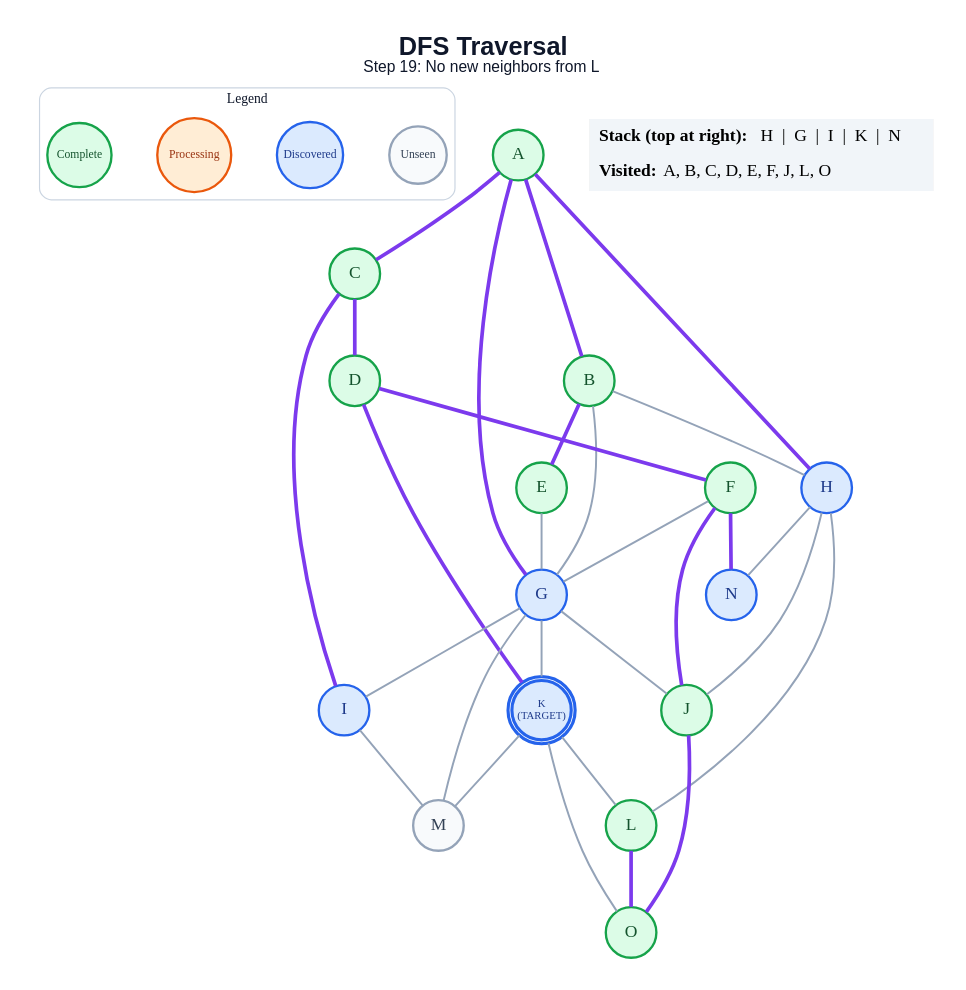
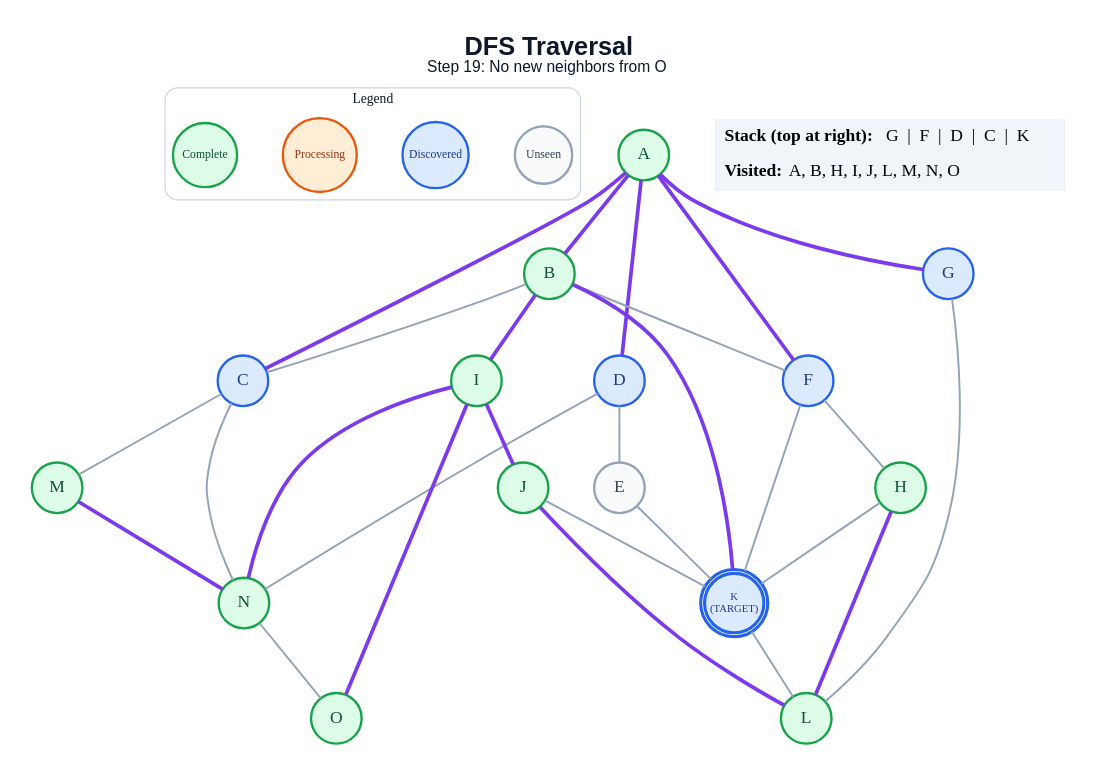
The diagram in generated/dfs/step_19.dot (anon7238593-create/ai-slop), drawn with Graphviz before and after one commit. The commit also changed 253 other files, not shown here.

```diff
--- a/generated/dfs/step_19.dot
+++ b/generated/dfs/step_19.dot
@@ -1,62 +1,61 @@
 graph traversal {
   graph [layout=dot, rankdir=TB, bgcolor="#FFFFFF", pad="0.35", nodesep="0.65", ranksep="0.8", fontname="Arial"];
   node [shape=circle, style="filled", fontname="Arial Bold", fontsize=18, width=0.72, fixedsize=true, penwidth=2.4];
   edge [color="#94A3B8", penwidth=2.0];
-  label=<<B>DFS Traversal</B><BR/><FONT POINT-SIZE="16">Step 19: No new neighbors from L</FONT>>; labelloc="t"; fontsize=26; fontname="Arial"; fontcolor="#0F172A";
+  label=<<B>DFS Traversal</B><BR/><FONT POINT-SIZE="16">Step 19: No new neighbors from O</FONT>>; labelloc="t"; fontsize=26; fontname="Arial"; fontcolor="#0F172A";
   subgraph cluster_legend { label="Legend"; color="#CBD5E1"; penwidth=1.2; style="rounded"; fontsize=14; fontname="Arial Bold";
     key_unseen [label="Unseen", fillcolor="#F8FAFC", color="#94A3B8", fontcolor="#334155", fontsize=12, width=0.82];
     key_frontier [label="Discovered", fillcolor="#DBEAFE", color="#2563EB", fontcolor="#1E3A8A", fontsize=12, width=0.95];
     key_current [label="Processing", fillcolor="#FFEDD5", color="#EA580C", fontcolor="#9A3412", fontsize=12, width=1.05];
     key_done [label="Complete", fillcolor="#DCFCE7", color="#16A34A", fontcolor="#14532D", fontsize=12, width=0.92];
     { rank=same; key_unseen; key_frontier; key_current; key_done; }
   }
   A [label="A", fillcolor="#DCFCE7", color="#16A34A", fontcolor="#14532D", peripheries=1, penwidth=2.4];
   B [label="B", fillcolor="#DCFCE7", color="#16A34A", fontcolor="#14532D", peripheries=1, penwidth=2.4];
-  C [label="C", fillcolor="#DCFCE7", color="#16A34A", fontcolor="#14532D", peripheries=1, penwidth=2.4];
-  D [label="D", fillcolor="#DCFCE7", color="#16A34A", fontcolor="#14532D", peripheries=1, penwidth=2.4];
-  E [label="E", fillcolor="#DCFCE7", color="#16A34A", fontcolor="#14532D", peripheries=1, penwidth=2.4];
-  F [label="F", fillcolor="#DCFCE7", color="#16A34A", fontcolor="#14532D", peripheries=1, penwidth=2.4];
+  C [label="C", fillcolor="#DBEAFE", color="#2563EB", fontcolor="#1E3A8A", peripheries=1, penwidth=2.4];
+  D [label="D", fillcolor="#DBEAFE", color="#2563EB", fontcolor="#1E3A8A", peripheries=1, penwidth=2.4];
+  E [label="E", fillcolor="#F8FAFC", color="#94A3B8", fontcolor="#334155", peripheries=1, penwidth=2.4];
+  F [label="F", fillcolor="#DBEAFE", color="#2563EB", fontcolor="#1E3A8A", peripheries=1, penwidth=2.4];
   G [label="G", fillcolor="#DBEAFE", color="#2563EB", fontcolor="#1E3A8A", peripheries=1, penwidth=2.4];
-  H [label="H", fillcolor="#DBEAFE", color="#2563EB", fontcolor="#1E3A8A", peripheries=1, penwidth=2.4];
-  I [label="I", fillcolor="#DBEAFE", color="#2563EB", fontcolor="#1E3A8A", peripheries=1, penwidth=2.4];
+  H [label="H", fillcolor="#DCFCE7", color="#16A34A", fontcolor="#14532D", peripheries=1, penwidth=2.4];
+  I [label="I", fillcolor="#DCFCE7", color="#16A34A", fontcolor="#14532D", peripheries=1, penwidth=2.4];
   J [label="J", fillcolor="#DCFCE7", color="#16A34A", fontcolor="#14532D", peripheries=1, penwidth=2.4];
   K [label="K\n(TARGET)", fillcolor="#DBEAFE", color="#2563EB", fontcolor="#1E3A8A", peripheries=2, penwidth=3.2, fontsize=11, width=0.85, height=0.85];
   L [label="L", fillcolor="#DCFCE7", color="#16A34A", fontcolor="#14532D", peripheries=1, penwidth=2.4];
-  M [label="M", fillcolor="#F8FAFC", color="#94A3B8", fontcolor="#334155", peripheries=1, penwidth=2.4];
-  N [label="N", fillcolor="#DBEAFE", color="#2563EB", fontcolor="#1E3A8A", peripheries=1, penwidth=2.4];
+  M [label="M", fillcolor="#DCFCE7", color="#16A34A", fontcolor="#14532D", peripheries=1, penwidth=2.4];
+  N [label="N", fillcolor="#DCFCE7", color="#16A34A", fontcolor="#14532D", peripheries=1, penwidth=2.4];
   O [label="O", fillcolor="#DCFCE7", color="#16A34A", fontcolor="#14532D", peripheries=1, penwidth=2.4];
   A -- B [color="#7C3AED", penwidth=3.8];
   A -- C [color="#7C3AED", penwidth=3.8];
+  A -- D [color="#7C3AED", penwidth=3.8];
+  A -- F [color="#7C3AED", penwidth=3.8];
   A -- G [color="#7C3AED", penwidth=3.8];
-  A -- H [color="#7C3AED", penwidth=3.8];
-  B -- E [color="#7C3AED", penwidth=3.8];
-  B -- G;
-  B -- H;
-  C -- D [color="#7C3AED", penwidth=3.8];
-  C -- I [color="#7C3AED", penwidth=3.8];
-  D -- F [color="#7C3AED", penwidth=3.8];
-  D -- K [color="#7C3AED", penwidth=3.8];
-  E -- G;
-  F -- G;
-  F -- J [color="#7C3AED", penwidth=3.8];
-  F -- N [color="#7C3AED", penwidth=3.8];
-  G -- I;
-  G -- J;
-  G -- K;
-  G -- M;
-  H -- J;
-  H -- L;
-  H -- N;
-  I -- M;
-  J -- O [color="#7C3AED", penwidth=3.8];
+  B -- C;
+  B -- F;
+  B -- I [color="#7C3AED", penwidth=3.8];
+  B -- K [color="#7C3AED", penwidth=3.8];
+  C -- M;
+  C -- N;
+  D -- E;
+  D -- N;
+  E -- K;
+  F -- H;
+  F -- K;
+  G -- L;
+  H -- K;
+  H -- L [color="#7C3AED", penwidth=3.8];
+  I -- J [color="#7C3AED", penwidth=3.8];
+  I -- N [color="#7C3AED", penwidth=3.8];
+  I -- O [color="#7C3AED", penwidth=3.8];
+  J -- K;
+  J -- L [color="#7C3AED", penwidth=3.8];
   K -- L;
-  K -- M;
-  K -- O;
-  L -- O [color="#7C3AED", penwidth=3.8];
+  M -- N [color="#7C3AED", penwidth=3.8];
+  N -- O;
   status [shape=plain, fixedsize=false, width=0, height=0, margin=0, label=<
     <TABLE BORDER="0" CELLBORDER="0" CELLPADDING="7" BGCOLOR="#F1F5F9">
-      <TR><TD ALIGN="LEFT"><B>Stack (top at right):</B> H  |  G  |  I  |  K  |  N</TD></TR>
-      <TR><TD ALIGN="LEFT"><B>Visited:</B> A, B, C, D, E, F, J, L, O</TD></TR>
+      <TR><TD ALIGN="LEFT"><B>Stack (top at right):</B> G  |  F  |  D  |  C  |  K</TD></TR>
+      <TR><TD ALIGN="LEFT"><B>Visited:</B> A, B, H, I, J, L, M, N, O</TD></TR>
     </TABLE>
   >];
 }
```
